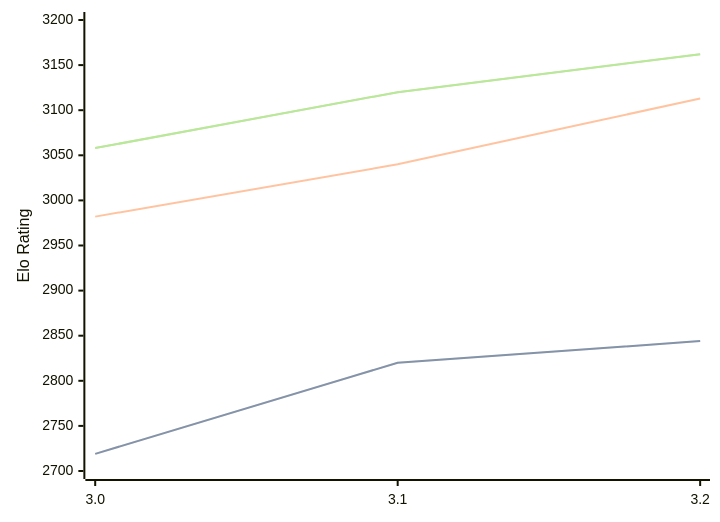
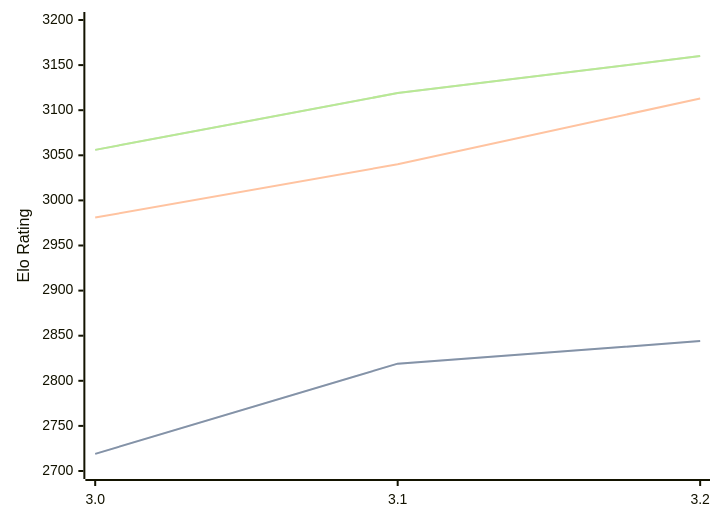
One commit to computer-chess-index/cci changed the diagram in engines/Vajolet2.md. Above: the diagram before and after it, drawn with Mermaid. The commit also changed other lines of this file, not shown here.

Commit message:
Update CCI Ratings (ELO VLTC) - 2026-07-28

````diff
--- a/engines/Vajolet2.md
+++ b/engines/Vajolet2.md
@@ -41,11 +41,11 @@
 ```mermaid
 %%{init: {"theme":"base","themeVariables":{"seriesColors:['#a3a3a3','#222221','#faa371']}}}%%
 xychart-beta
   x-axis ["3.0", "3.1", "3.2"]
   y-axis "Elo Rating" 2700 --> 3200
-  line "STC (8.0+0.08s)" [2719, 2820, 2844]
-  line "STC (8.0+0.08s)" [2719, 2820, 2844]
-  line "LTC (60.0+0.60s)" [2982, 3040, 3113]
-  line "VLTC (2m24s+1.12s)" [3058, 3120, 3162]
-  line "VLTC (2m24s+1.12s)" [3058, 3120, 3162]
+  line "STC (8.0+0.08s)" [2719, 2819, 2844]
+  line "STC (8.0+0.08s)" [2719, 2819, 2844]
+  line "LTC (60.0+0.60s)" [2981, 3040, 3113]
+  line "VLTC (2m24s+1.12s)" [3056, 3119, 3160]
+  line "VLTC (2m24s+1.12s)" [3056, 3119, 3160]
 ```
````
